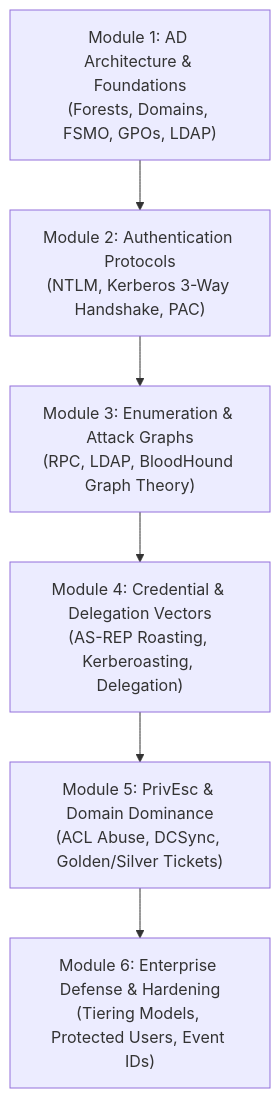
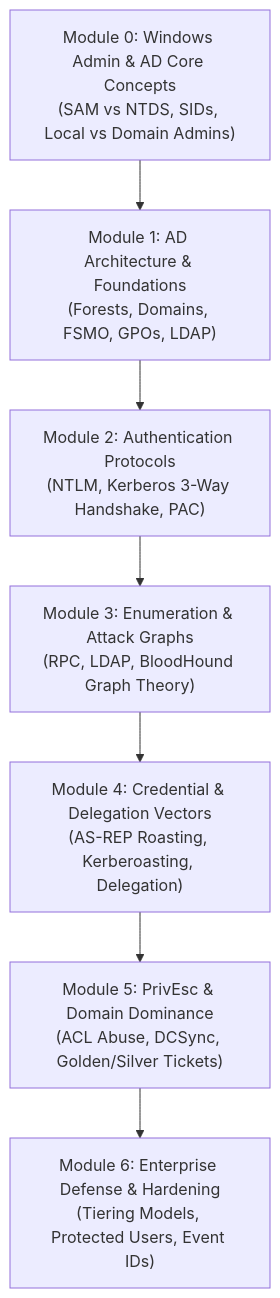
The diagram in README.md (Shashi552/Active-Directory-Fundamentals), drawn with Mermaid before and after one commit. The commit also changed other lines of this file and 3 other files, not shown here.

Commit message:
feat: add Module 0 covering Windows Administration, SAM vs NTDS, SIDs and Admin Scopes

````diff
--- a/README.md
+++ b/README.md
@@ -20,11 +20,12 @@
 ```mermaid
 flowchart TD
+    M0["Module 0: Windows Admin & AD Core Concepts<br/>(SAM vs NTDS, SIDs, Local vs Domain Admins)"]
     M1["Module 1: AD Architecture & Foundations<br/>(Forests, Domains, FSMO, GPOs, LDAP)"]
     M2["Module 2: Authentication Protocols<br/>(NTLM, Kerberos 3-Way Handshake, PAC)"]
     M3["Module 3: Enumeration & Attack Graphs<br/>(RPC, LDAP, BloodHound Graph Theory)"]
     M4["Module 4: Credential & Delegation Vectors<br/>(AS-REP Roasting, Kerberoasting, Delegation)"]
     M5["Module 5: PrivEsc & Domain Dominance<br/>(ACL Abuse, DCSync, Golden/Silver Tickets)"]
     M6["Module 6: Enterprise Defense & Hardening<br/>(Tiering Models, Protected Users, Event IDs)"]
 
-    M1 --> M2 --> M3 --> M4 --> M5 --> M6
+    M0 --> M1 --> M2 --> M3 --> M4 --> M5 --> M6
 ```
````
